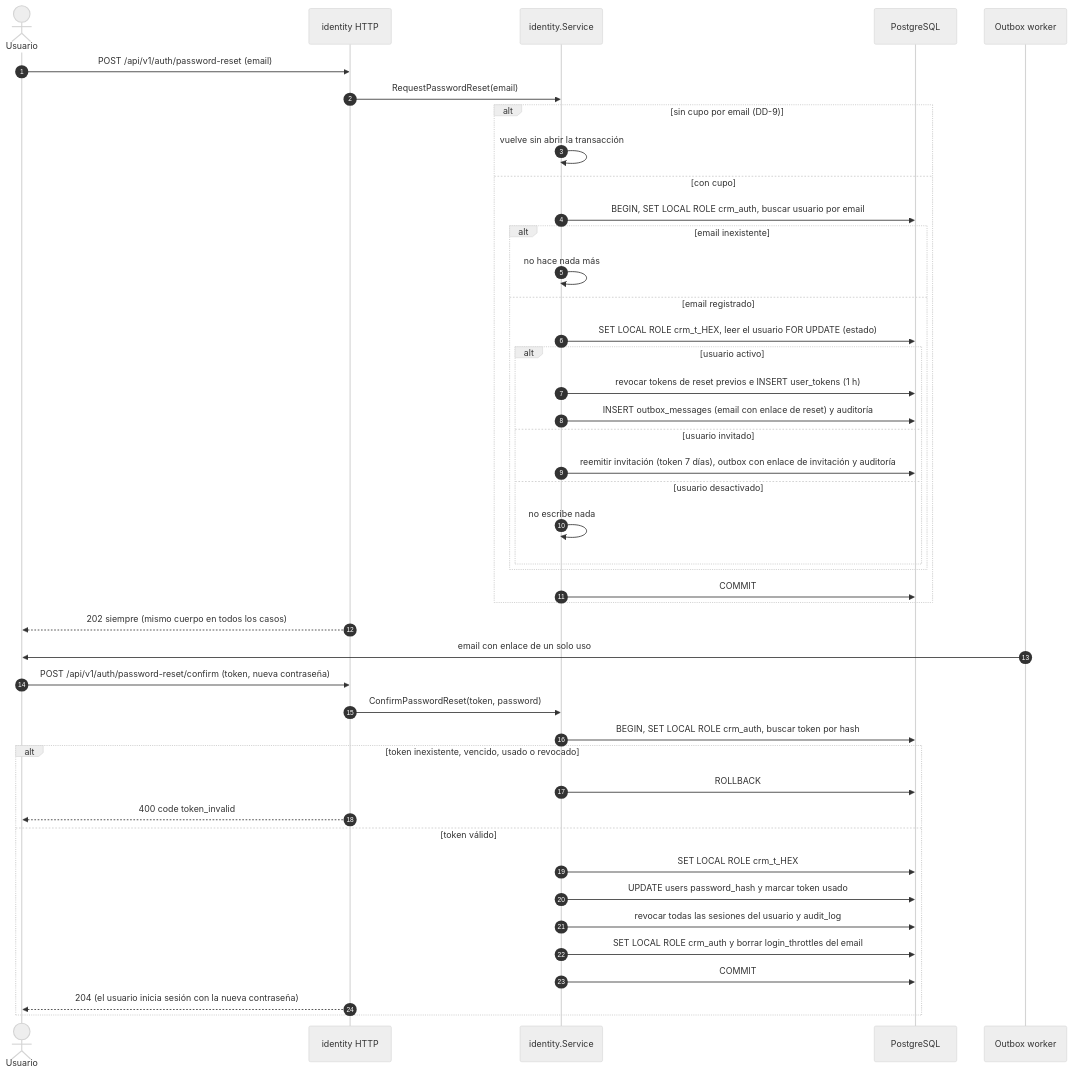
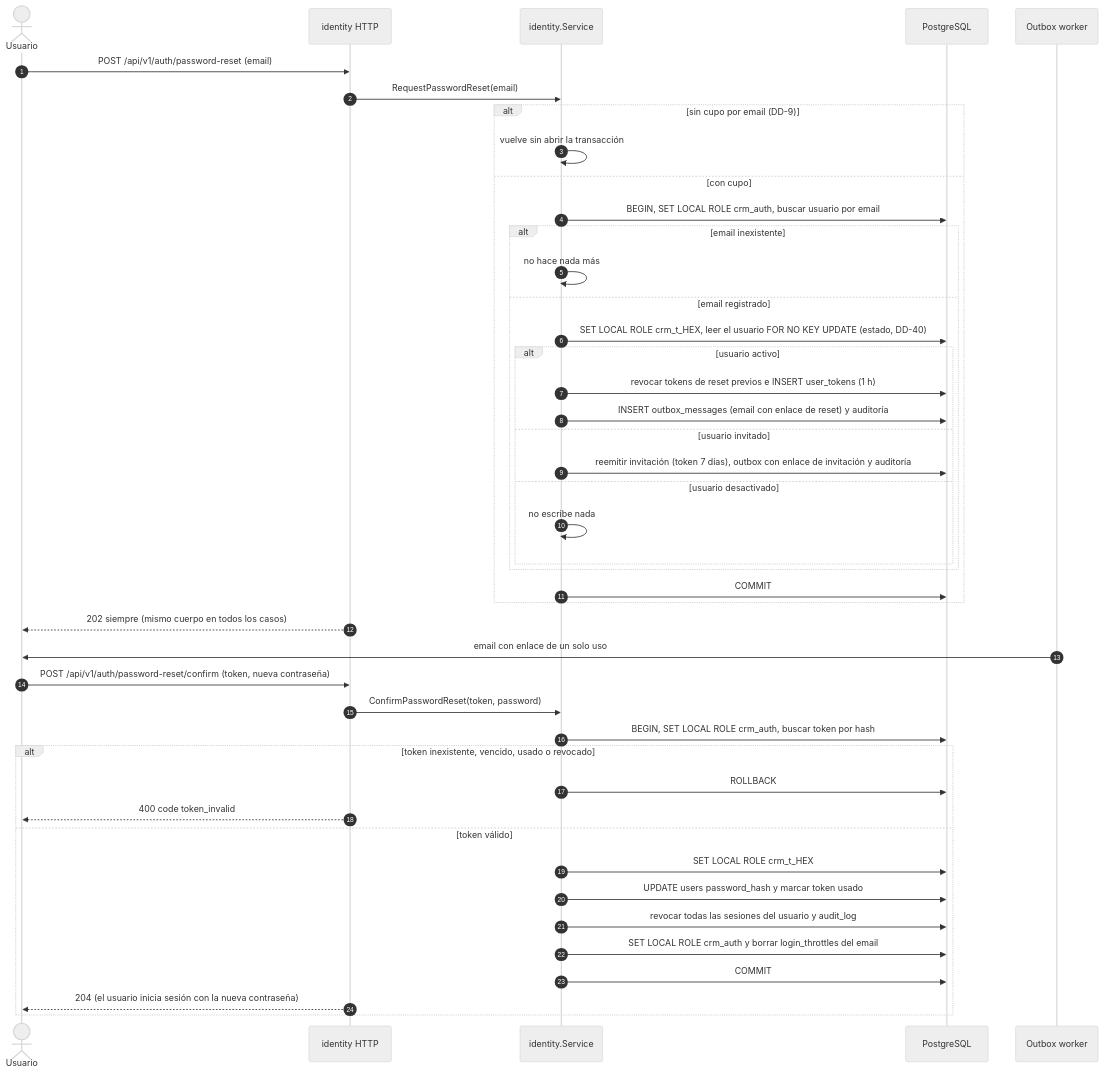
One commit to fdelillo/crm changed the fifth of 12 diagrams in specs/001-empresas-usuarios/plan.md. Above: the diagram before and after it, drawn with Mermaid (neutral theme). The commit also changed other lines of this file and 3 other files, not shown here.

````diff
--- a/specs/001-empresas-usuarios/plan.md
+++ b/specs/001-empresas-usuarios/plan.md
@@ -450,48 +450,48 @@
 ```mermaid
 sequenceDiagram
     autonumber
     actor U as Usuario
     participant H as identity HTTP
     participant S as identity.Service
     participant DB as PostgreSQL
     participant W as Outbox worker
 
     U->>H: POST /api/v1/auth/password-reset (email)
     H->>S: RequestPasswordReset(email)
     alt sin cupo por email (DD-9)
         S->>S: vuelve sin abrir la transacción
     else con cupo
         S->>DB: BEGIN, SET LOCAL ROLE crm_auth, buscar usuario por email
         alt email inexistente
             S->>S: no hace nada más
         else email registrado
-            S->>DB: SET LOCAL ROLE crm_t_HEX, leer el usuario FOR UPDATE (estado)
+            S->>DB: SET LOCAL ROLE crm_t_HEX, leer el usuario FOR NO KEY UPDATE (estado, DD-40)
             alt usuario activo
                 S->>DB: revocar tokens de reset previos e INSERT user_tokens (1 h)
                 S->>DB: INSERT outbox_messages (email con enlace de reset) y auditoría
             else usuario invitado
                 S->>DB: reemitir invitación (token 7 días), outbox con enlace de invitación y auditoría
             else usuario desactivado
                 S->>S: no escribe nada
             end
         end
         S->>DB: COMMIT
     end
     H-->>U: 202 siempre (mismo cuerpo en todos los casos)
     W->>U: email con enlace de un solo uso
 
     U->>H: POST /api/v1/auth/password-reset/confirm (token, nueva contraseña)
     H->>S: ConfirmPasswordReset(token, password)
     S->>DB: BEGIN, SET LOCAL ROLE crm_auth, buscar token por hash
     alt token inexistente, vencido, usado o revocado
         S->>DB: ROLLBACK
         H-->>U: 400 code token_invalid
     else token válido
         S->>DB: SET LOCAL ROLE crm_t_HEX
         S->>DB: UPDATE users password_hash y marcar token usado
         S->>DB: revocar todas las sesiones del usuario y audit_log
         S->>DB: SET LOCAL ROLE crm_auth y borrar login_throttles del email
         S->>DB: COMMIT
         H-->>U: 204 (el usuario inicia sesión con la nueva contraseña)
     end
 ```
````
